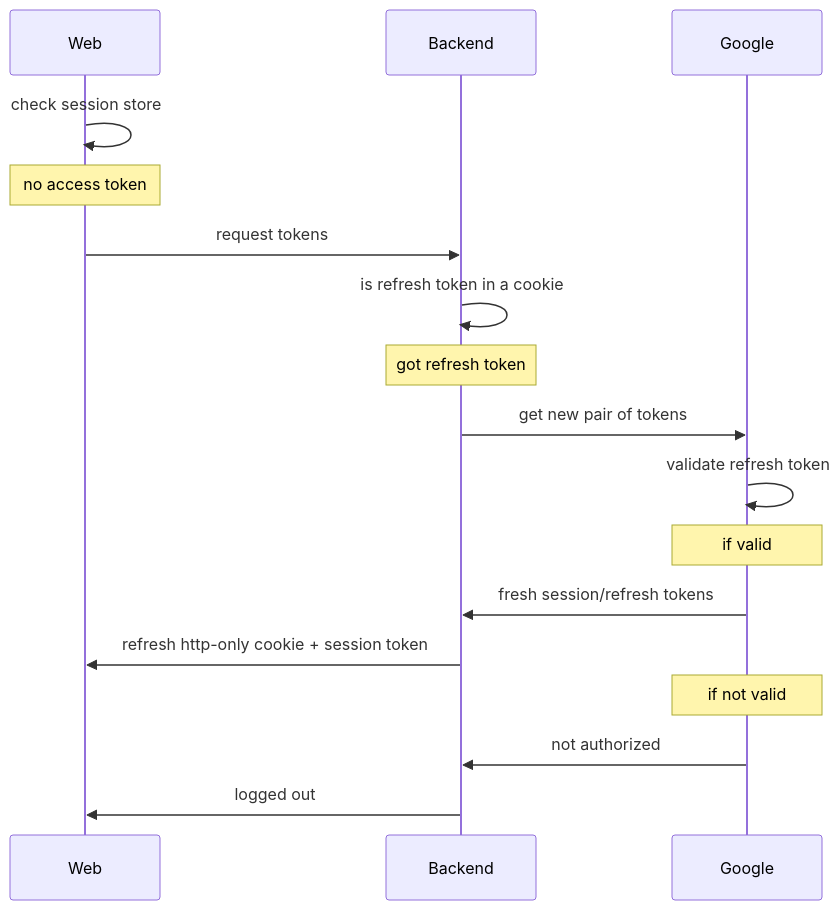
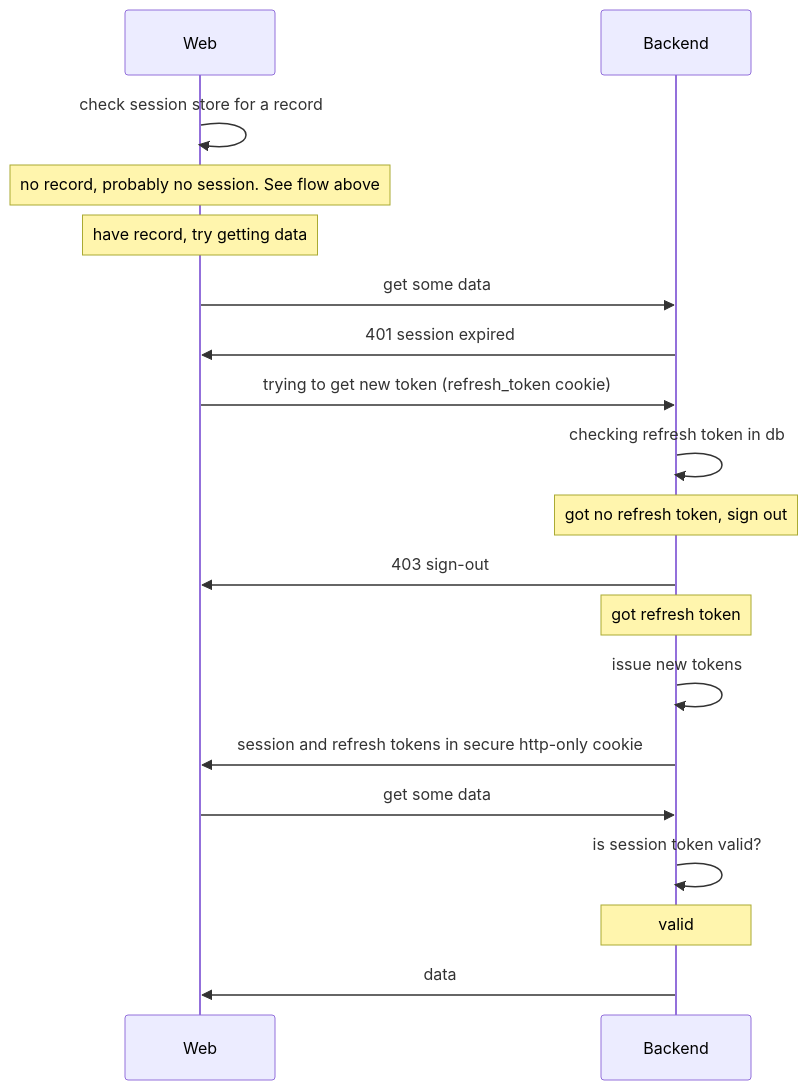
Before and after one commit to amg/fitness-tracker: the second of 2 diagrams in docs/ADR-001-authentication.md, drawn with Mermaid. The commit also changed other lines of this file and 9 other files, not shown here.

Commit message:
Adding sqlc files for easy models generation from schema. Updated documentation to guide implementation of authentication and db.

```diff
--- a/docs/ADR-001-authentication.md
+++ b/docs/ADR-001-authentication.md
@@ -41,20 +54,22 @@
 ::: mermaid
 sequenceDiagram
     participant Web
     participant Backend
-    participant Google
 
-    Web->>Web: check session store
-    Note over Web: no access token
-    Web->>Backend: request tokens
-    Backend->>Backend: is refresh token in a cookie
+    Web->>Web: check session store for a record
+    Note over Web: no record, probably no session. See flow above
+    Note over Web: have record, try getting data
+    Web->>Backend: get some data
+    Backend->>Web: 401 session expired
+    Web->>Backend: trying to get new token (refresh_token cookie)
+    Backend->>Backend: checking refresh token in db
+    Note over Backend: got no refresh token, sign out
+    Backend->>Web: 403 sign-out
     Note over Backend: got refresh token
-    Backend->>Google: get new pair of tokens
-    Google->>Google: validate refresh token
-    Note over Google: if valid
-    Google->>Backend: fresh session/refresh tokens
-    Backend->>Web: refresh http-only cookie + session token
-    Note over Google: if not valid
-    Google->>Backend: not authorized
-    Backend->>Web: logged out
+    Backend->>Backend: issue new tokens
+    Backend->>Web: session and refresh tokens in secure http-only cookie
+    Web->>Backend: get some data
+    Backend->>Backend: is session token valid?
+    Note over Backend: valid
+    Backend->>Web: data
 :::
```
